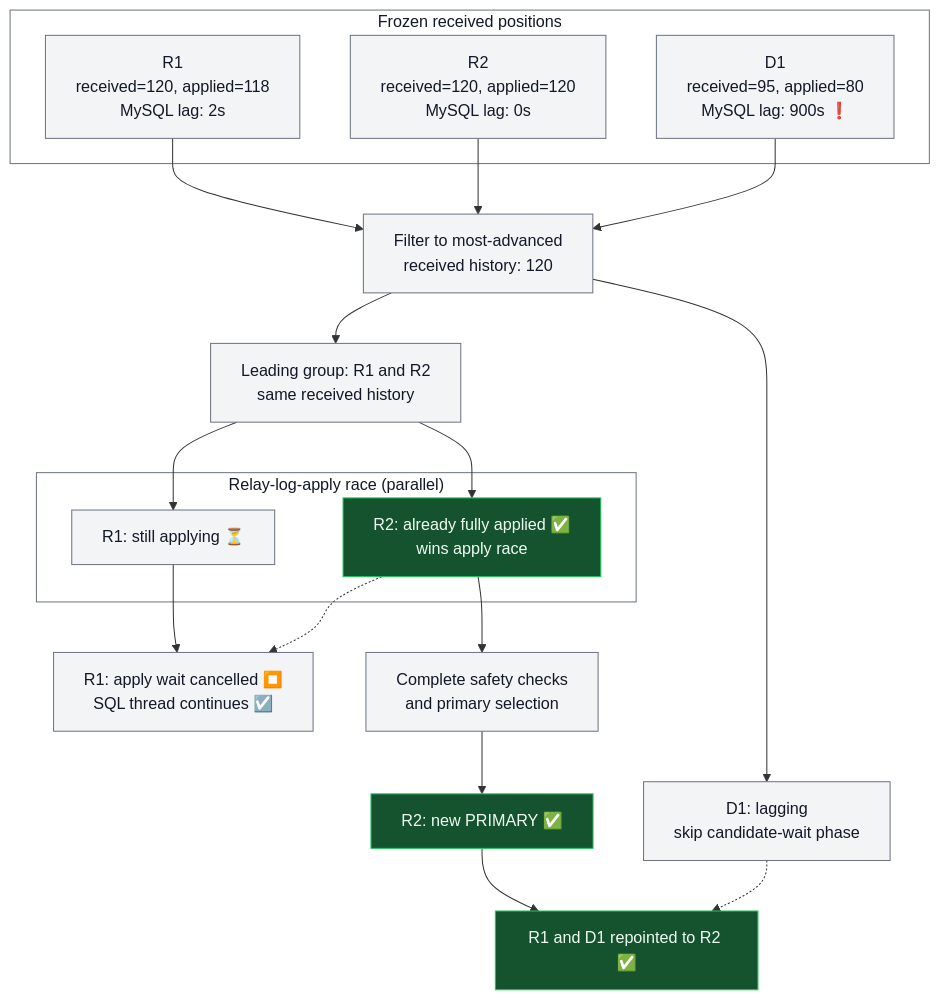
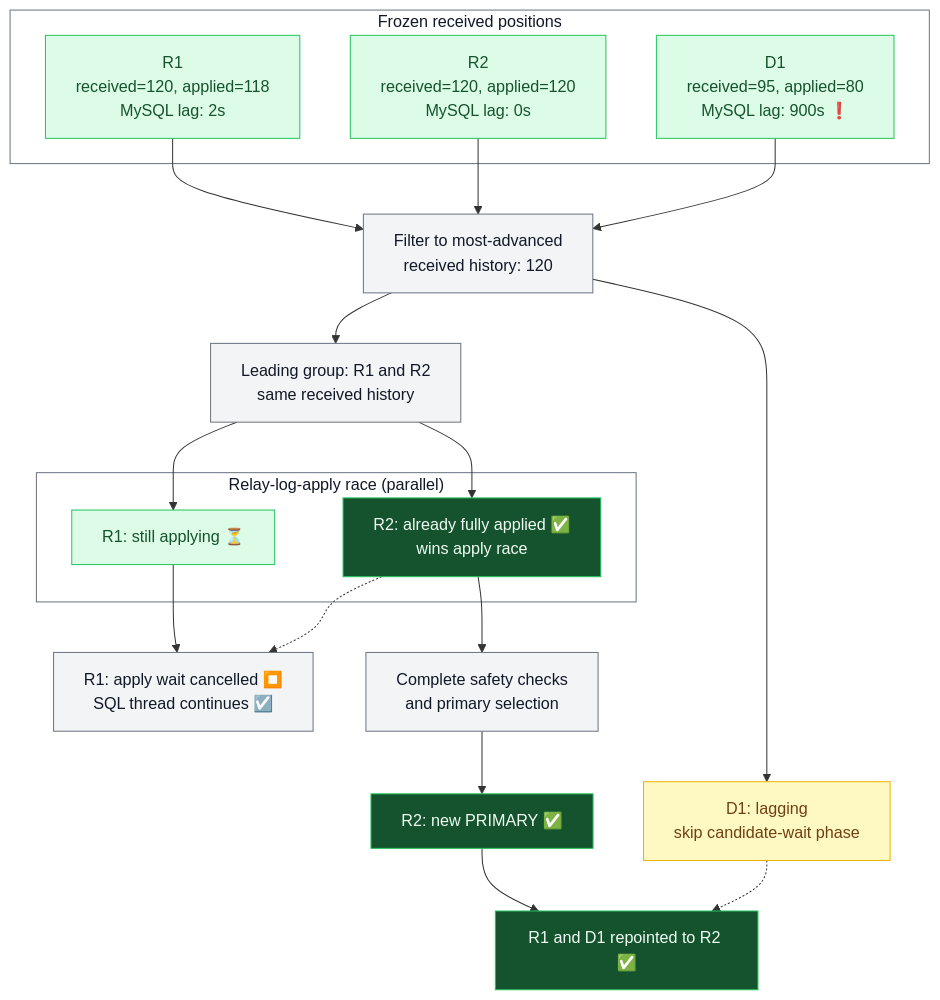
The third of 3 diagrams in content/en/blog/2026-09-24-hardening-emergency-reparent-shard.md (vitessio/website), drawn with Mermaid before and after one commit. The commit also changed other lines of this file, not shown here.

Commit message:
Clarify VTOrc recovery and ERS diagram

````diff
--- a/content/en/blog/2026-09-24-hardening-emergency-reparent-shard.md
+++ b/content/en/blog/2026-09-24-hardening-emergency-reparent-shard.md
@@ -102,34 +102,38 @@
 ```mermaid
 graph TD
     subgraph Positions["Frozen received positions"]
         R1["R1<br/>received=120, applied=118<br/>MySQL lag: 2s"]
         R2["R2<br/>received=120, applied=120<br/>MySQL lag: 0s"]
         D1["D1<br/>received=95, applied=80<br/>MySQL lag: 900s ❗"]
     end
 
     R1 --> Filter["Filter to most-advanced<br/>received history: 120"]
     R2 --> Filter
     D1 --> Filter
     Filter --> Leading["Leading group: R1 and R2<br/>same received history"]
     Filter --> Skipped["D1: lagging<br/>skip candidate-wait phase"]
 
     Leading --> ApplyR1
     Leading --> ApplyR2
     subgraph Race["Relay-log-apply race (parallel)"]
         ApplyR1["R1: still applying ⏳"]
         ApplyR2["R2: already fully applied ✅<br/>wins apply race"]
     end
 
     ApplyR1 --> Cancelled["R1: apply wait cancelled ⏹️<br/>SQL thread continues ☑️"]
     ApplyR2 -.-> Cancelled
     ApplyR2 --> Checks["Complete safety checks<br/>and primary selection"]
     Checks --> Primary["R2: new PRIMARY ✅"]
     Primary --> Repoint["R1 and D1 repointed to R2 ✅"]
     Skipped -.-> Repoint
 
     classDef default fill:#f3f4f6,stroke:#6b7280,color:#111827
+    classDef healthy fill:#dcfce7,stroke:#22c55e,color:#14532d
+    classDef warning fill:#fef9c3,stroke:#eab308,color:#713f12
     classDef completed fill:#14532d,stroke:#22c55e,color:#f0fdf4
+    class R1,R2,D1,ApplyR1 healthy
+    class Skipped warning
     class ApplyR2,Primary,Repoint completed
     style Positions fill:#ffffff,stroke:#6b7280,color:#111827
     style Race fill:#ffffff,stroke:#6b7280,color:#111827
 ```
````
